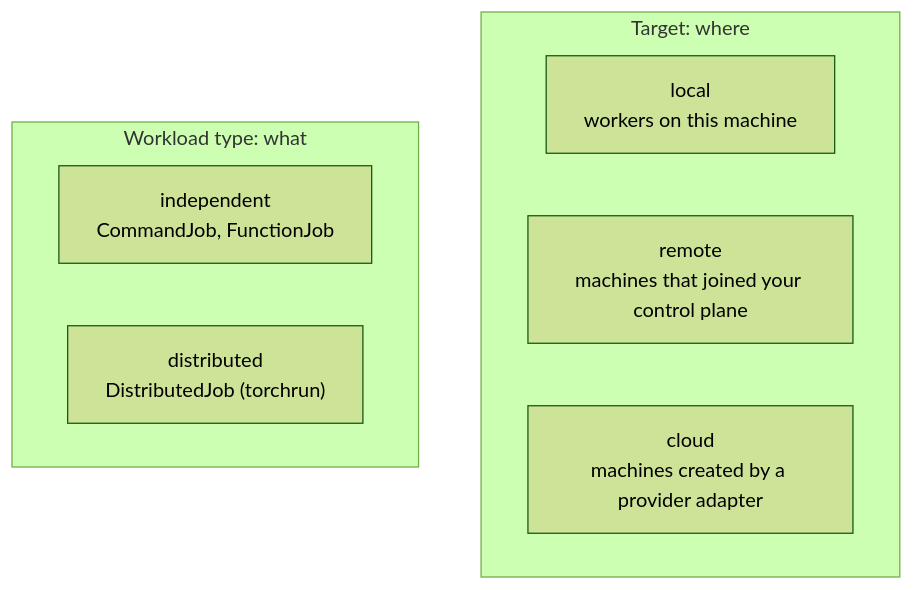
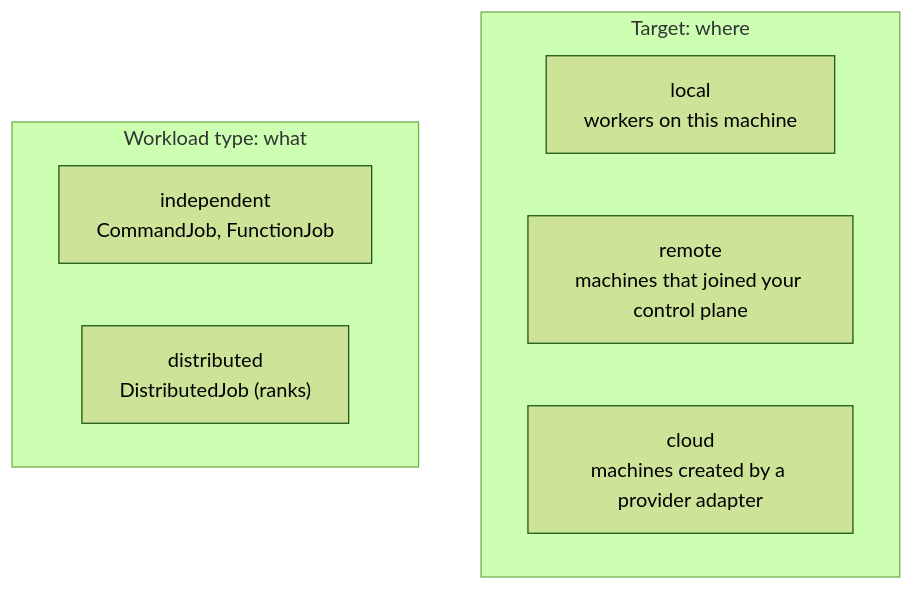
One commit to antonellof/gpulayer changed the first of 2 diagrams in docs/get-started/concepts.md. Above: the diagram before and after it, drawn with Mermaid (forest theme). The commit also changed other lines of this file and 35 other files, not shown here.

First line of the commit message:
Start distributed ranks directly instead of through torchrun

````diff
--- a/docs/get-started/concepts.md
+++ b/docs/get-started/concepts.md
@@ -11,12 +11,12 @@
 ```mermaid
 flowchart TB
     subgraph Targets["Target: where"]
         L["local<br/>workers on this machine"]
         R["remote<br/>machines that joined your control plane"]
         C["cloud<br/>machines created by a provider adapter"]
     end
     subgraph Types["Workload type: what"]
         I["independent<br/>CommandJob, FunctionJob"]
-        D["distributed<br/>DistributedJob (torchrun)"]
+        D["distributed<br/>DistributedJob (ranks)"]
     end
 ```
````
